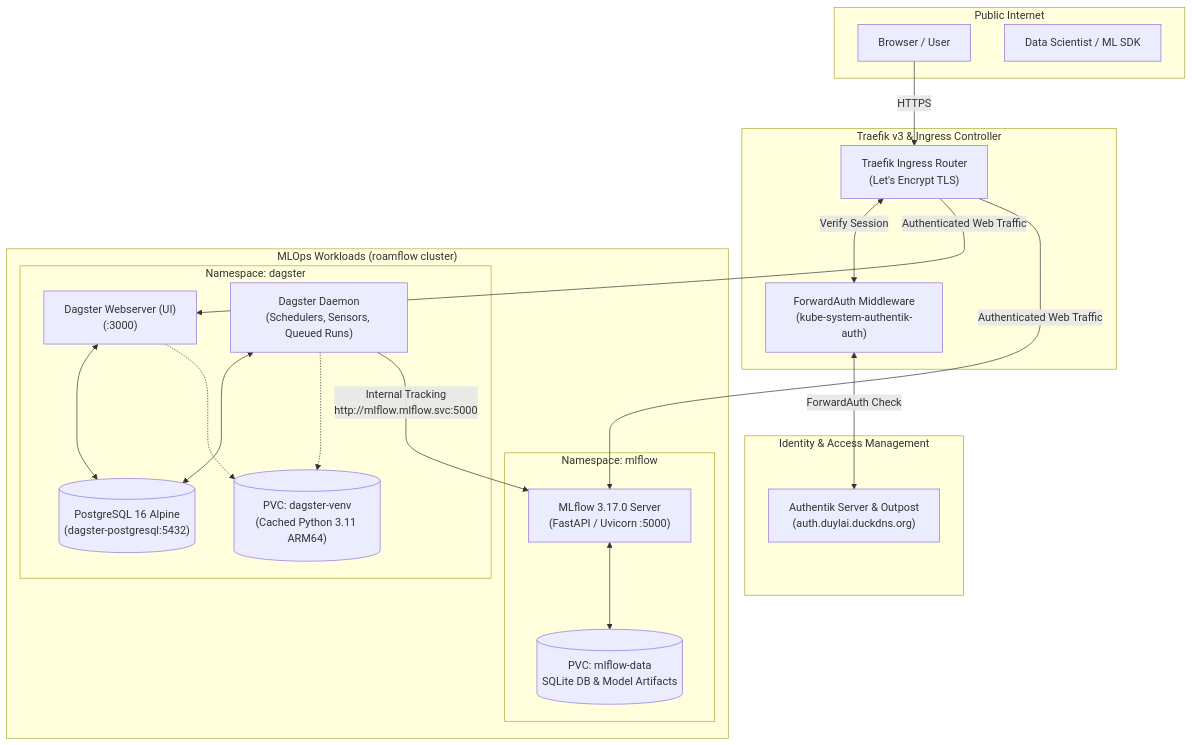
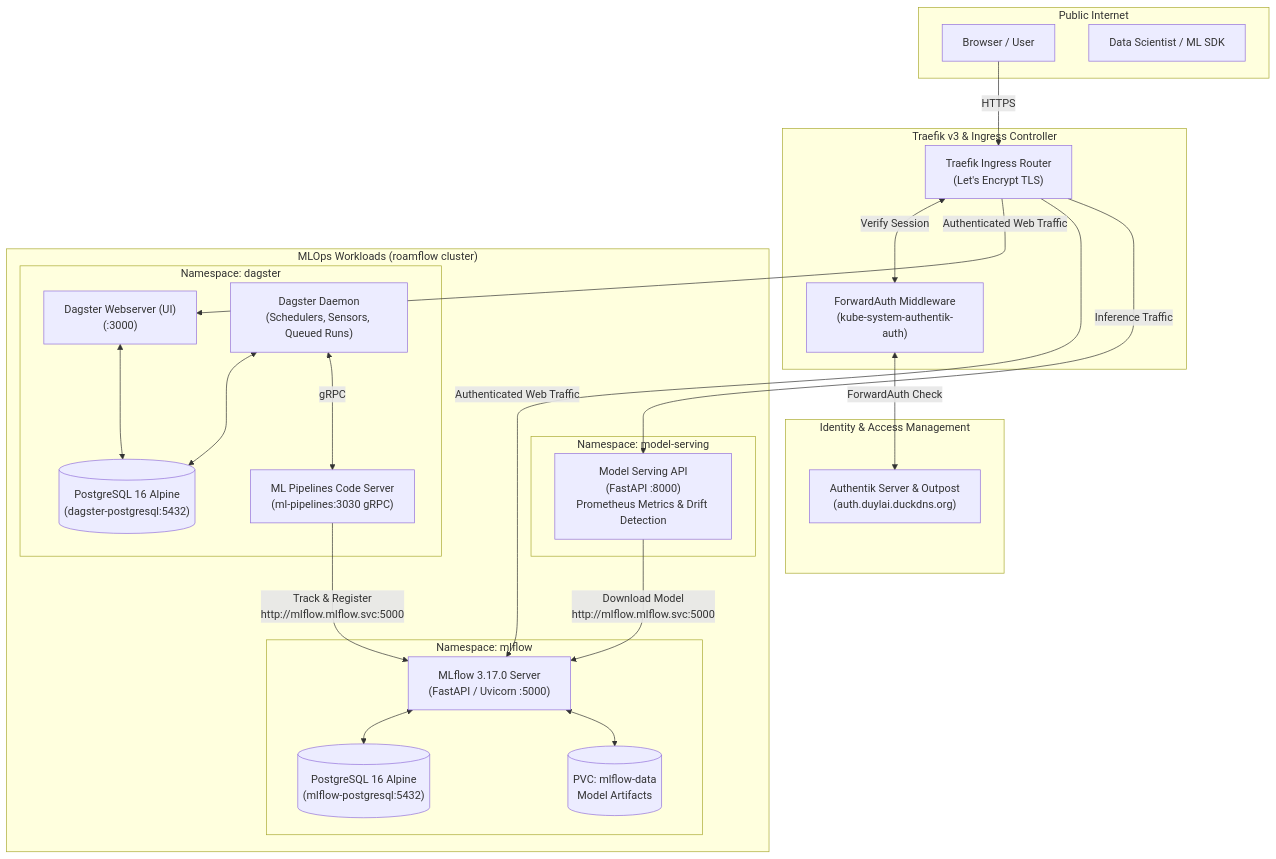
One commit to roamflow/devops changed the diagram in README.md. Above: the diagram before and after it, drawn with Mermaid. The commit also changed other lines of this file and 11 other files, not shown here.

Commit message:
refactor: standardize headlamp to Helm chart and sync platform docs

````diff
--- a/README.md
+++ b/README.md
@@ -15,45 +15,52 @@
 ```mermaid
 flowchart TD
     subgraph Internet["Public Internet"]
         User["Browser / User"]
         Dev["Data Scientist / ML SDK"]
     end
 
     subgraph Ingress["Traefik v3 & Ingress Controller"]
         Traefik["Traefik Ingress Router\n(Let's Encrypt TLS)"]
         FwdAuth["ForwardAuth Middleware\n(kube-system-authentik-auth)"]
     end
 
     subgraph Auth["Identity & Access Management"]
         Authentik["Authentik Server & Outpost\n(auth.duylai.duckdns.org)"]
     end
 
     subgraph MLOps["MLOps Workloads (roamflow cluster)"]
         subgraph DagsterNS["Namespace: dagster"]
             DagsterWeb["Dagster Webserver (UI)\n(:3000)"]
             DagsterDaemon["Dagster Daemon\n(Schedulers, Sensors, Queued Runs)"]
             DagsterPG[("PostgreSQL 16 Alpine\n(dagster-postgresql:5432)")]
-            DagsterVenv[("PVC: dagster-venv\n(Cached Python 3.11 ARM64)")]
+            MLPipelines["ML Pipelines Code Server\n(ml-pipelines:3030 gRPC)"]
         end
 
         subgraph MLflowNS["Namespace: mlflow"]
             MLflow["MLflow 3.17.0 Server\n(FastAPI / Uvicorn :5000)"]
-            MLflowStorage[("PVC: mlflow-data\nSQLite DB & Model Artifacts")]
+            MLflowPG[("PostgreSQL 16 Alpine\n(mlflow-postgresql:5432)")]
+            MLflowStorage[("PVC: mlflow-data\nModel Artifacts")]
+        end
+
+        subgraph ServingNS["Namespace: model-serving"]
+            ModelServing["Model Serving API\n(FastAPI :8000)\nPrometheus Metrics & Drift Detection"]
         end
     end
 
     %% External Flow
     User -->|HTTPS| Traefik
     Traefik <-->|Verify Session| FwdAuth
     FwdAuth <-->|ForwardAuth Check| Authentik
     Traefik -->|Authenticated Web Traffic| DagsterWeb
     Traefik -->|Authenticated Web Traffic| MLflow
+    Traefik -->|Inference Traffic| ModelServing
 
     %% Internal Data & Orchestration Flow
     DagsterWeb <--> DagsterPG
     DagsterDaemon <--> DagsterPG
-    DagsterWeb -.-> DagsterVenv
-    DagsterDaemon -.-> DagsterVenv
-    DagsterDaemon -->|Internal Tracking\nhttp://mlflow.mlflow.svc:5000| MLflow
+    DagsterDaemon <-->|gRPC| MLPipelines
+    MLPipelines -->|Track & Register\nhttp://mlflow.mlflow.svc:5000| MLflow
+    ModelServing -->|Download Model\nhttp://mlflow.mlflow.svc:5000| MLflow
+    MLflow <--> MLflowPG
     MLflow <--> MLflowStorage
 ```
````
